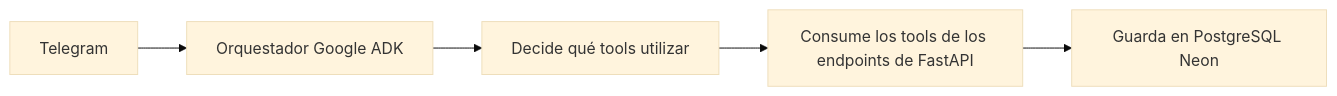
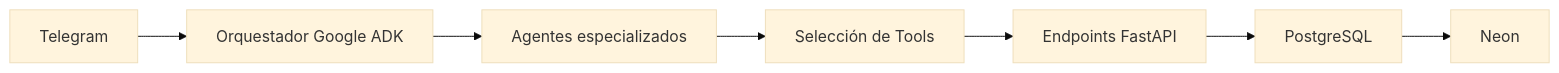
The diagram in README.md (yassppy/agent_verdefit_pedidos), drawn with Mermaid (base theme) before and after one commit. The commit also changed other lines of this file, not shown here.

````diff
--- a/README.md
+++ b/README.md
@@ -30,7 +90,9 @@
 ```mermaid
 graph LR
     A[Telegram] --> B[Orquestador Google ADK]
-    B --> C[Decide qué tools utilizar]
-    C --> D[Consume los tools de los endpoints de FastAPI]
-    D --> E[Guarda en PostgreSQL Neon]
+    B --> C[Agentes especializados]
+    C --> D[Selección de Tools]
+    D --> E[Endpoints FastAPI]
+    E --> F[PostgreSQL]
+    F --> G[Neon]
 ```
````
